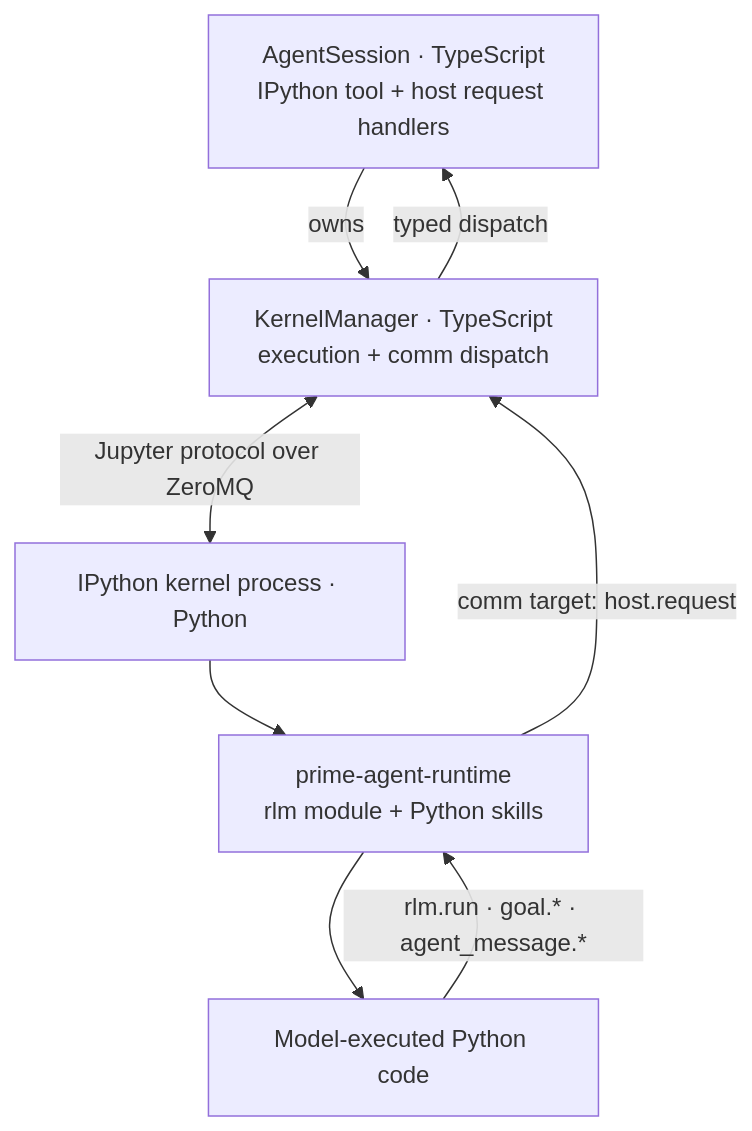
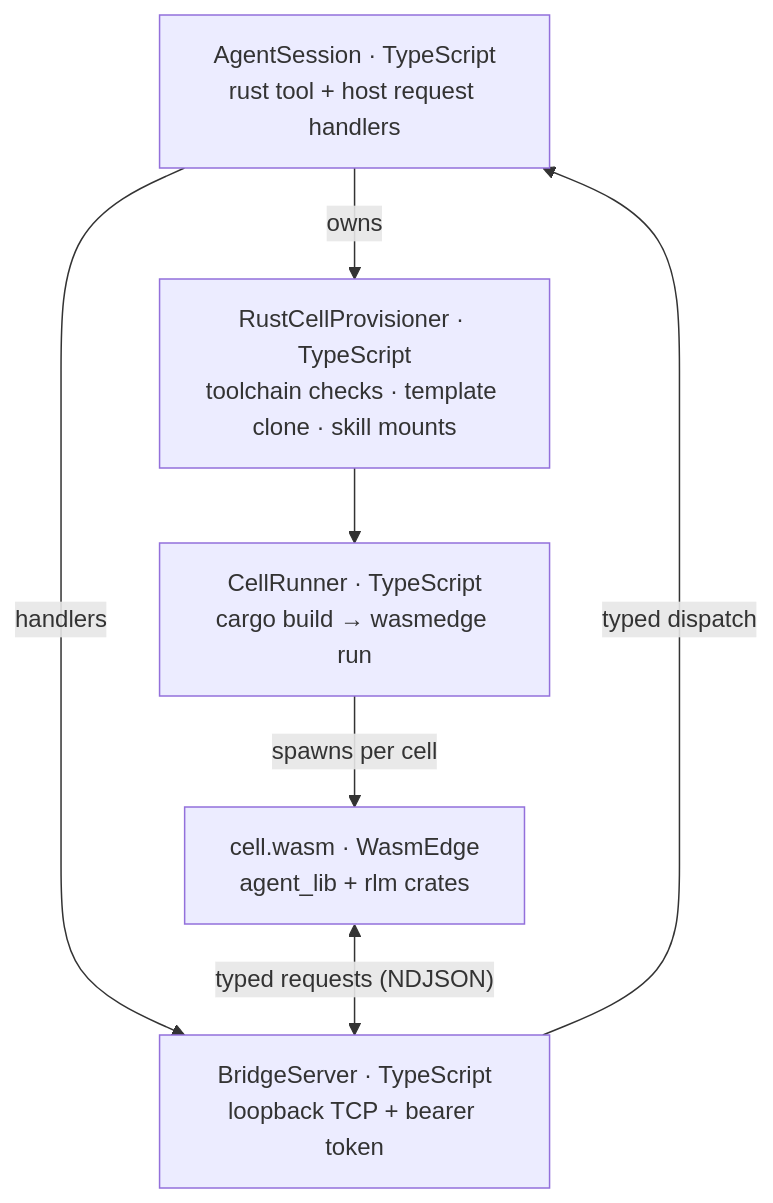
The first of 2 diagrams in packages/coding-agent/docs/rlm-runtime.md (second-state/wasmedge-agent), drawn with Mermaid before and after one commit. The commit also changed other lines of this file and 16 other files, not shown here.

First line of the commit message:
docs(wp8): rewrite the runtime story for rust cells

````diff
--- a/packages/coding-agent/docs/rlm-runtime.md
+++ b/packages/coding-agent/docs/rlm-runtime.md
@@ -7,15 +7,14 @@
 ```mermaid
 flowchart TD
-    session["AgentSession · TypeScript<br/>IPython tool + host request handlers"]
-    manager["KernelManager · TypeScript<br/>execution + comm dispatch"]
-    kernel["IPython kernel process · Python"]
-    runtime["prime-agent-runtime<br/>rlm module + Python skills"]
-    code["Model-executed Python code"]
+    session["AgentSession · TypeScript<br/>rust tool + host request handlers"]
+    provisioner["RustCellProvisioner · TypeScript<br/>toolchain checks · template clone · skill mounts"]
+    runner["CellRunner · TypeScript<br/>cargo build → wasmedge run"]
+    bridge["BridgeServer · TypeScript<br/>loopback TCP + bearer token"]
+    cell["cell.wasm · WasmEdge<br/>agent_lib + rlm crates"]
 
-    session -->|"owns"| manager
-    manager <-->|"Jupyter protocol over ZeroMQ"| kernel
-    kernel --> runtime --> code
-    code -->|"rlm.run · goal.* · agent_message.*"| runtime
-    runtime -->|"comm target: host.request"| manager
-    manager -->|"typed dispatch"| session
+    session -->|"owns"| provisioner --> runner
+    session -->|"handlers"| bridge
+    runner -->|"spawns per cell"| cell
+    cell <-->|"typed requests (NDJSON)"| bridge
+    bridge -->|"typed dispatch"| session
 ```
````
